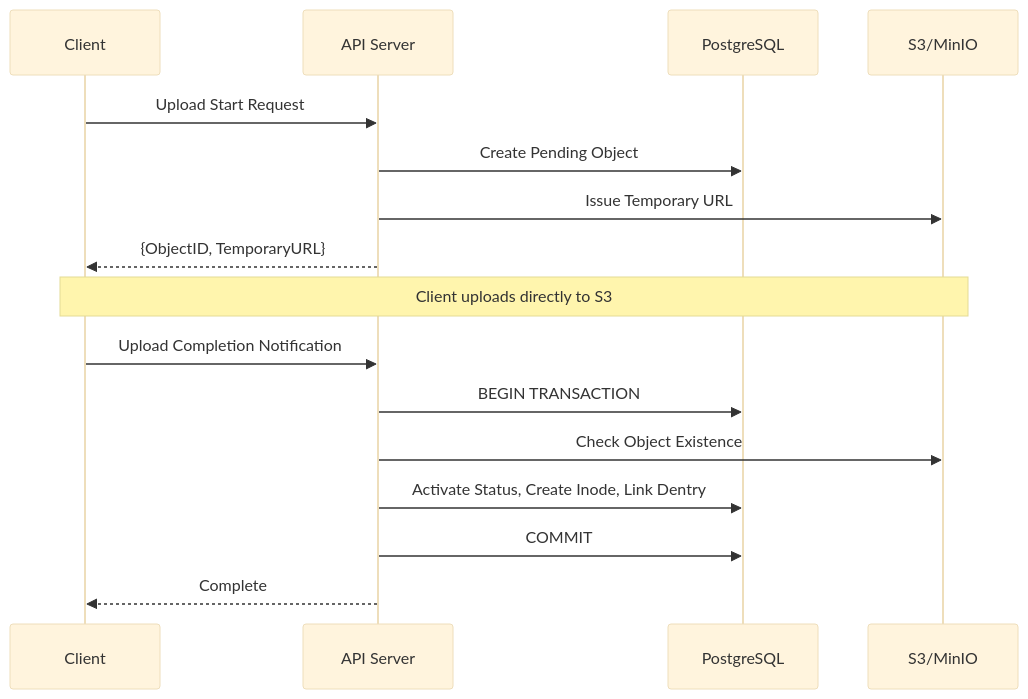
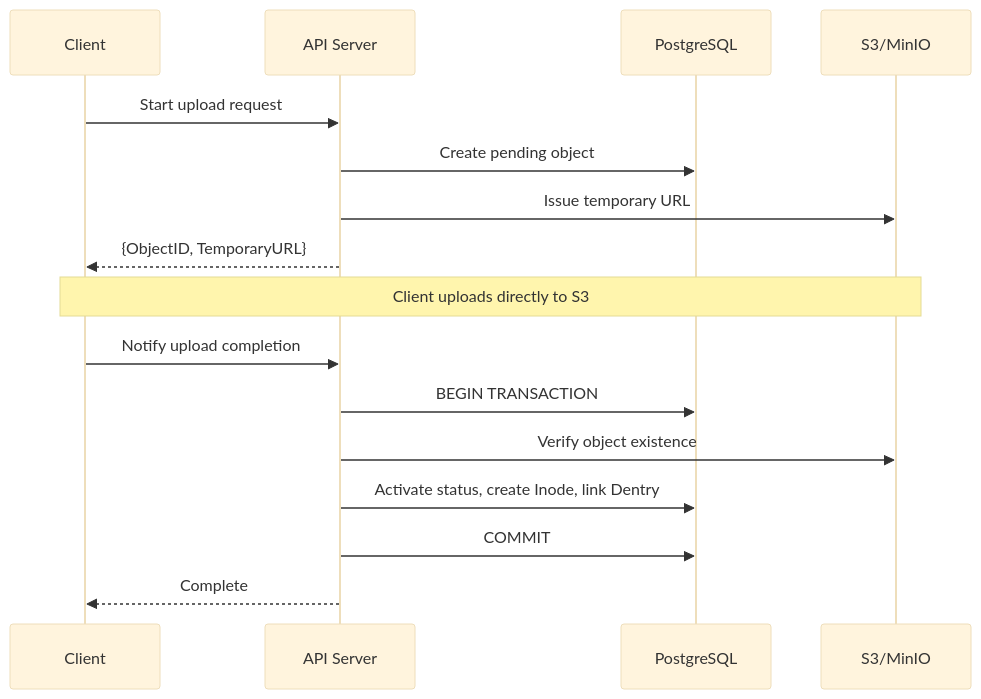
One commit to mandacode-labs/mandacode-devs changed the second of 2 diagrams in src/content/blog/en/retrowin-deep-dive.md. Above: the diagram before and after it, drawn with Mermaid (base theme). The commit also changed other lines of this file and 11 other files, not shown here.

````diff
--- a/src/content/blog/en/retrowin-deep-dive.md
+++ b/src/content/blog/en/retrowin-deep-dive.md
@@ -47,21 +47,21 @@
 ```mermaid
 sequenceDiagram
     participant Client as Client
     participant API as API Server
     participant DB as PostgreSQL
     participant S3 as S3/MinIO
 
-    Client->>API: Upload Start Request
-    API->>DB: Create Pending Object
-    API->>S3: Issue Temporary URL
+    Client->>API: Start upload request
+    API->>DB: Create pending object
+    API->>S3: Issue temporary URL
     API-->>Client: {ObjectID, TemporaryURL}
 
     Note over Client,S3: Client uploads directly to S3
 
-    Client->>API: Upload Completion Notification
+    Client->>API: Notify upload completion
     API->>DB: BEGIN TRANSACTION
-    API->>S3: Check Object Existence
-    API->>DB: Activate Status, Create Inode, Link Dentry
+    API->>S3: Verify object existence
+    API->>DB: Activate status, create Inode, link Dentry
     API->>DB: COMMIT
     API-->>Client: Complete
 ```
````
